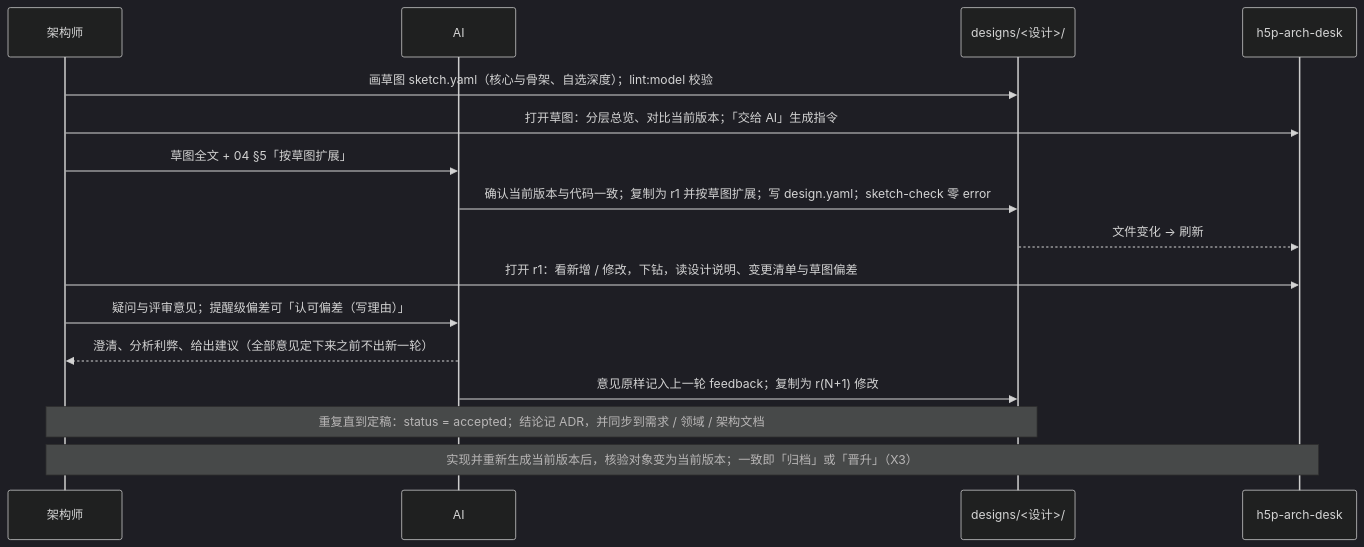
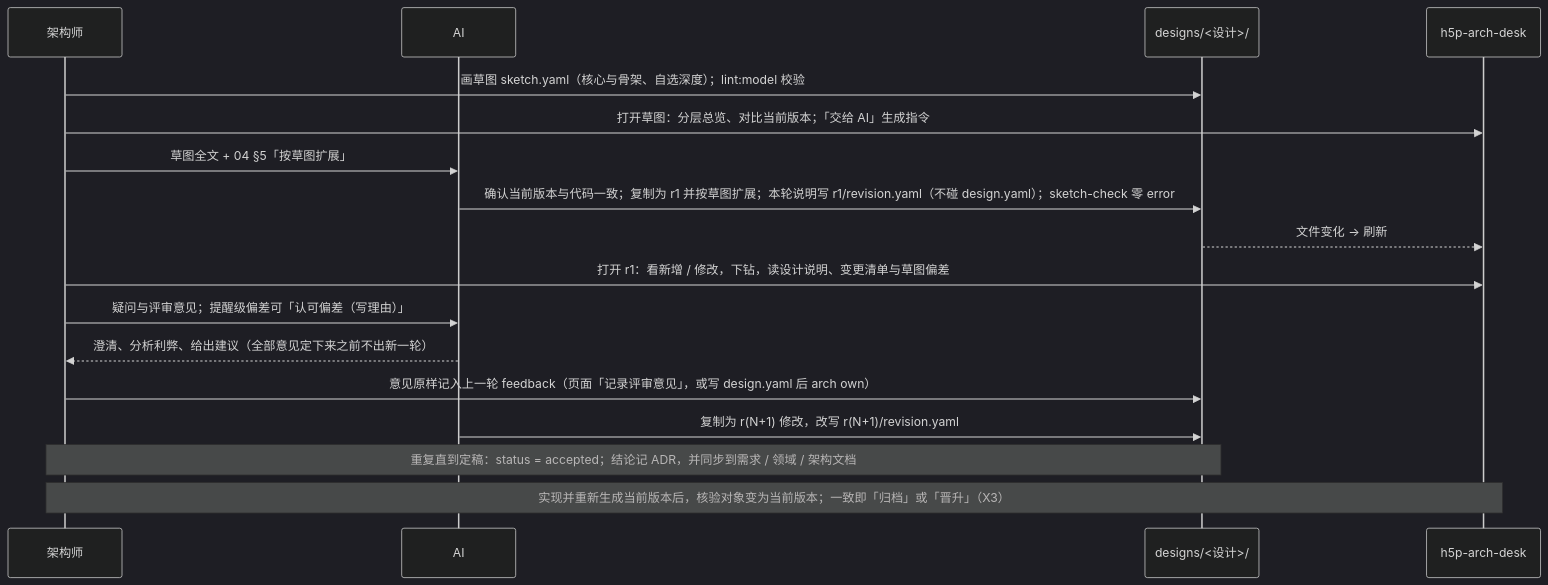
The diagram in docs/architecture/loading-and-versions.md (bulengjianghu/archdeck), drawn with Mermaid (dark theme) before and after one commit. The commit also changed other lines of this file and 22 other files, not shown here.

````diff
--- a/docs/architecture/loading-and-versions.md
+++ b/docs/architecture/loading-and-versions.md
@@ -87,19 +98,20 @@
 ```mermaid
 sequenceDiagram
     participant A as 架构师
     participant AI as AI
     participant F as designs/<设计>/
     participant UI as h5p-arch-desk
 
     A->>F: 画草图 sketch.yaml（核心与骨架、自选深度）；lint:model 校验
     A->>UI: 打开草图：分层总览、对比当前版本；「交给 AI」生成指令
     A->>AI: 草图全文 + 04 §5「按草图扩展」
-    AI->>F: 确认当前版本与代码一致；复制为 r1 并按草图扩展；写 design.yaml；sketch-check 零 error
+    AI->>F: 确认当前版本与代码一致；复制为 r1 并按草图扩展；本轮说明写 r1/revision.yaml（不碰 design.yaml）；sketch-check 零 error
     F-->>UI: 文件变化 → 刷新
     A->>UI: 打开 r1：看新增 / 修改，下钻，读设计说明、变更清单与草图偏差
     A->>AI: 疑问与评审意见；提醒级偏差可「认可偏差（写理由）」
     AI-->>A: 澄清、分析利弊、给出建议（全部意见定下来之前不出新一轮）
-    AI->>F: 意见原样记入上一轮 feedback；复制为 r(N+1) 修改
+    A->>F: 意见原样记入上一轮 feedback（页面「记录评审意见」，或写 design.yaml 后 arch own）
+    AI->>F: 复制为 r(N+1) 修改，改写 r(N+1)/revision.yaml
     Note over A,F: 重复直到定稿：status = accepted；结论记 ADR，并同步到需求 / 领域 / 架构文档
     Note over A,UI: 实现并重新生成当前版本后，核验对象变为当前版本；一致即「归档」或「晋升」（X3）
 ```
````
